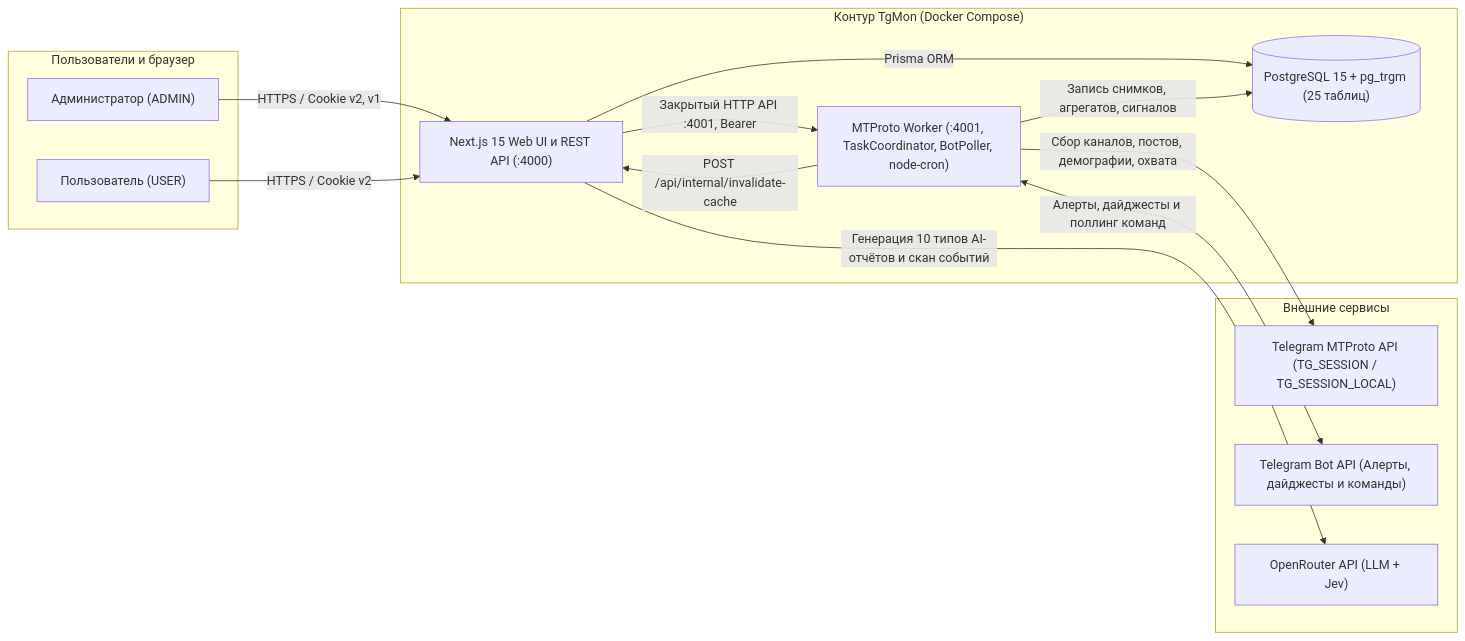
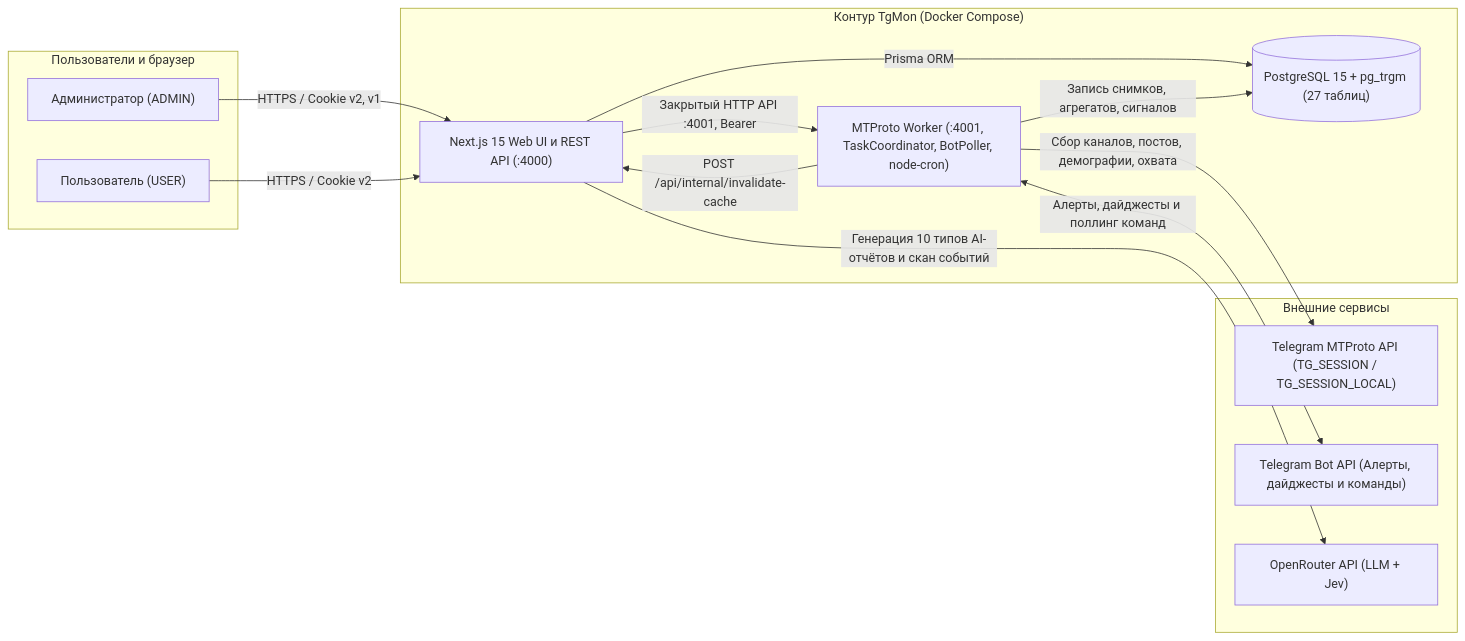
The diagram in README.md (liquidsyntes/tg_mons), drawn with Mermaid before and after one commit. The commit also changed 49 other files, not shown here.

````diff
--- a/README.md
+++ b/README.md
@@ -11,29 +11,29 @@
 ```mermaid
 flowchart LR
     subgraph Clients["Пользователи и браузер"]
         Admin["Администратор (ADMIN)"]
         User["Пользователь (USER)"]
     end
 
     subgraph TgMon["Контур TgMon (Docker Compose)"]
         Web["Next.js 15 Web UI и REST API (:4000)"]
-        DB[("PostgreSQL 15 + pg_trgm (25 таблиц)")]
+        DB[("PostgreSQL 15 + pg_trgm (27 таблиц)")]
         Worker["MTProto Worker (:4001, TaskCoordinator, BotPoller, node-cron)"]
     end
 
     subgraph External["Внешние сервисы"]
         TG["Telegram MTProto API (TG_SESSION / TG_SESSION_LOCAL)"]
         Bot["Telegram Bot API (Алерты, дайджесты и команды)"]
         OR["OpenRouter API (LLM + Jev)"]
     end
 
     Admin -->|"HTTPS / Cookie v2, v1"| Web
     User -->|"HTTPS / Cookie v2"| Web
     Web -->|"Prisma ORM"| DB
     Web -->|"Генерация 10 типов AI-отчётов и скан событий"| OR
     Web -->|"Закрытый HTTP API :4001, Bearer"| Worker
     Worker -->|"Сбор каналов, постов, демографии, охвата"| TG
     Worker -->|"Запись снимков, агрегатов, сигналов"| DB
     Worker -->|"POST /api/internal/invalidate-cache"| Web
     Worker <-->|"Алерты, дайджесты и поллинг команд"| Bot
 ```
````
